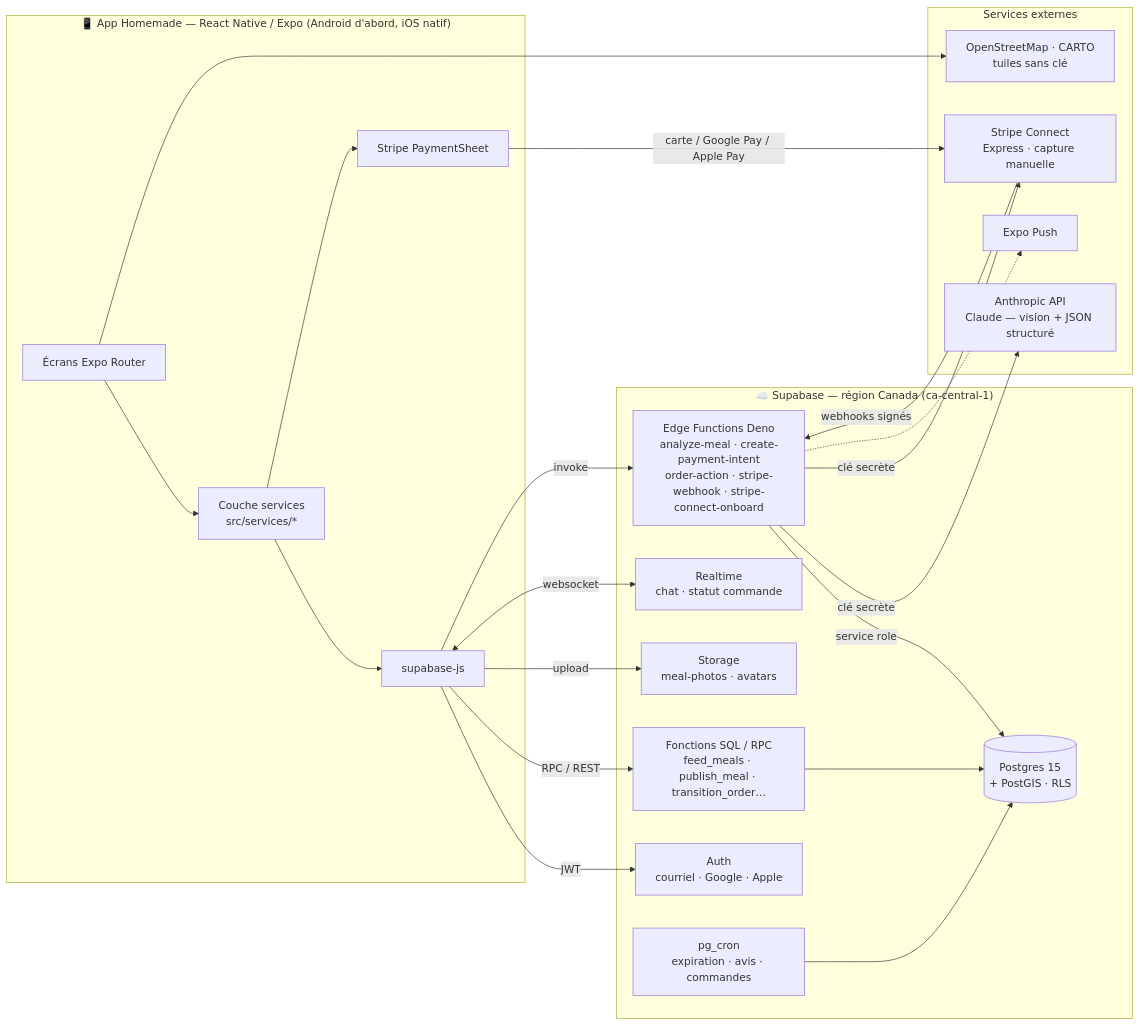
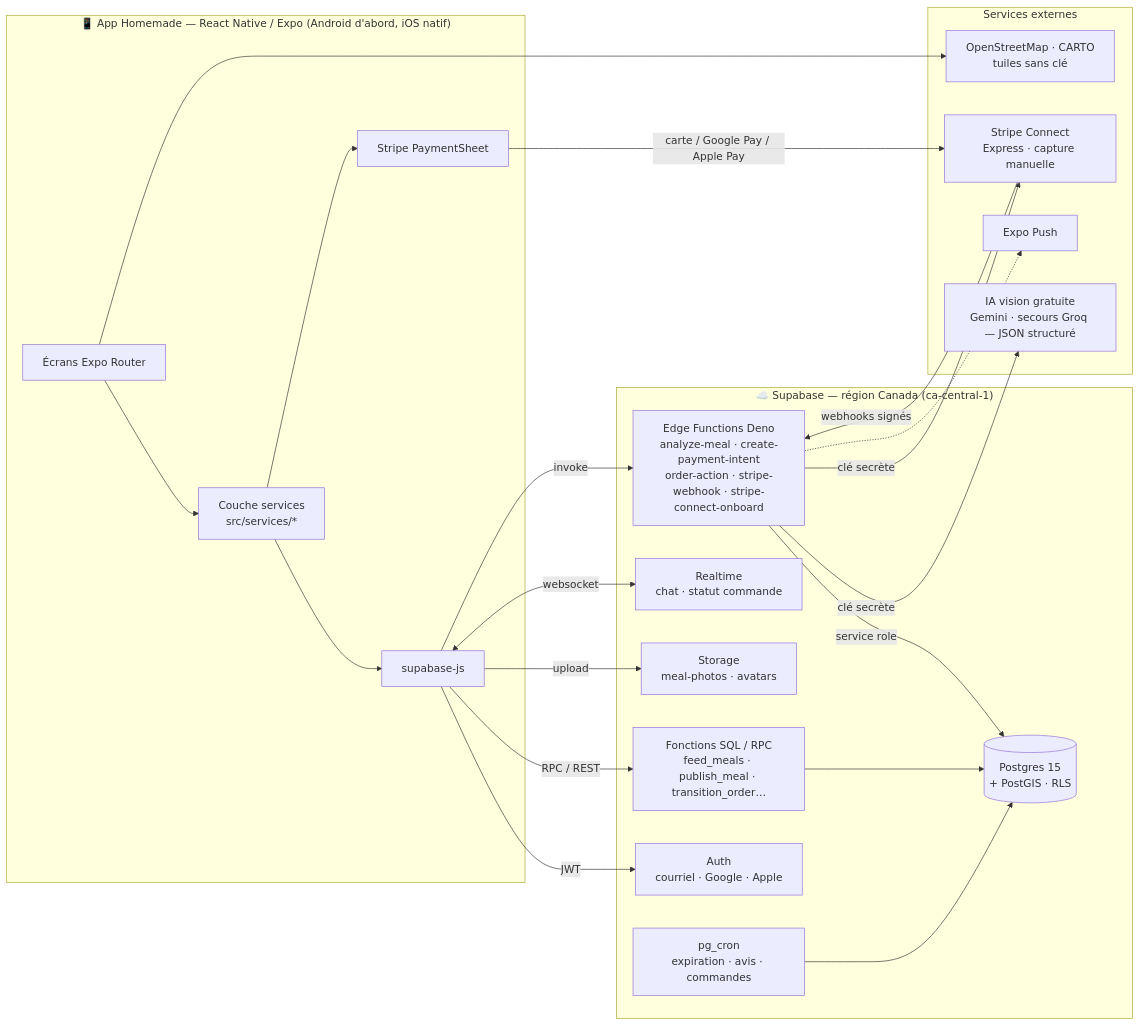
Before and after one commit to Themauritian1996/homemade: the first of 3 diagrams in docs/01-architecture.md, drawn with Mermaid. The commit also changed other lines of this file and 19 other files, not shown here.

First line of the commit message:
IA 100 % gratuite (Gemini, secours Groq), serveur déployé par GitHub, APK téléchargeable par tous

````diff
--- a/docs/01-architecture.md
+++ b/docs/01-architecture.md
@@ -5,40 +5,40 @@
 ```mermaid
 flowchart LR
   subgraph Mobile["📱 App Homemade — React Native / Expo (Android d'abord, iOS natif)"]
     UI[Écrans Expo Router] --> SVC[Couche services<br/>src/services/*]
     SVC --> SDK[supabase-js]
     SVC --> STRIPESDK[Stripe PaymentSheet]
   end
 
   subgraph Supabase["☁️ Supabase — région Canada (ca-central-1)"]
     AUTH[Auth<br/>courriel · Google · Apple]
     PG[(Postgres 15<br/>+ PostGIS · RLS)]
     RPC[Fonctions SQL / RPC<br/>feed_meals · publish_meal · transition_order…]
     ST[Storage<br/>meal-photos · avatars]
     RT[Realtime<br/>chat · statut commande]
     EF[Edge Functions Deno<br/>analyze-meal · create-payment-intent<br/>order-action · stripe-webhook · stripe-connect-onboard]
     CRON[pg_cron<br/>expiration · avis · commandes]
   end
 
   subgraph Externes["Services externes"]
-    CLAUDE[Anthropic API<br/>Claude — vision + JSON structuré]
+    CLAUDE[IA vision gratuite<br/>Gemini · secours Groq — JSON structuré]
     STRIPE[Stripe Connect<br/>Express · capture manuelle]
     MAPS[OpenStreetMap · CARTO<br/>tuiles sans clé]
     PUSH[Expo Push]
   end
 
   SDK -- JWT --> AUTH
   SDK -- RPC / REST --> RPC
   RPC --> PG
   SDK -- upload --> ST
   SDK <-- websocket --> RT
   SDK -- invoke --> EF
   EF -- service role --> PG
   EF -- clé secrète --> CLAUDE
   EF -- clé secrète --> STRIPE
   STRIPE -- webhooks signés --> EF
   STRIPESDK -- carte / Google Pay / Apple Pay --> STRIPE
   UI --> MAPS
   CRON --> PG
   EF -.-> PUSH
 ```
````
